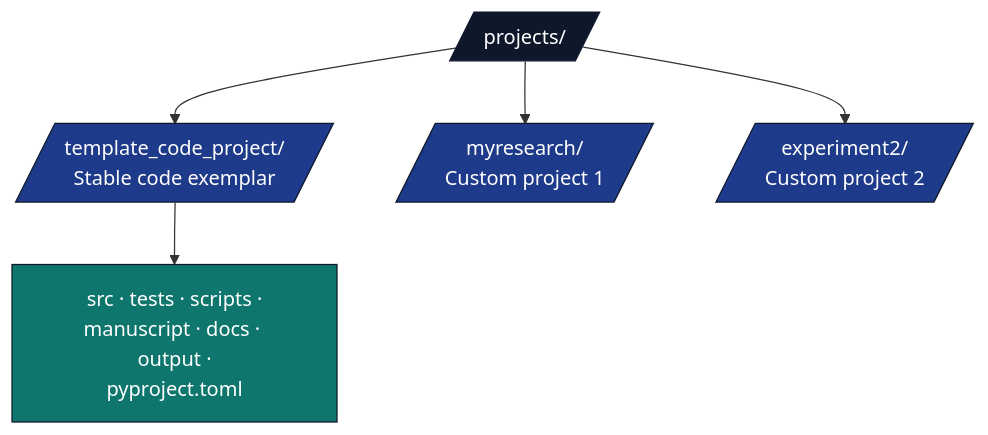
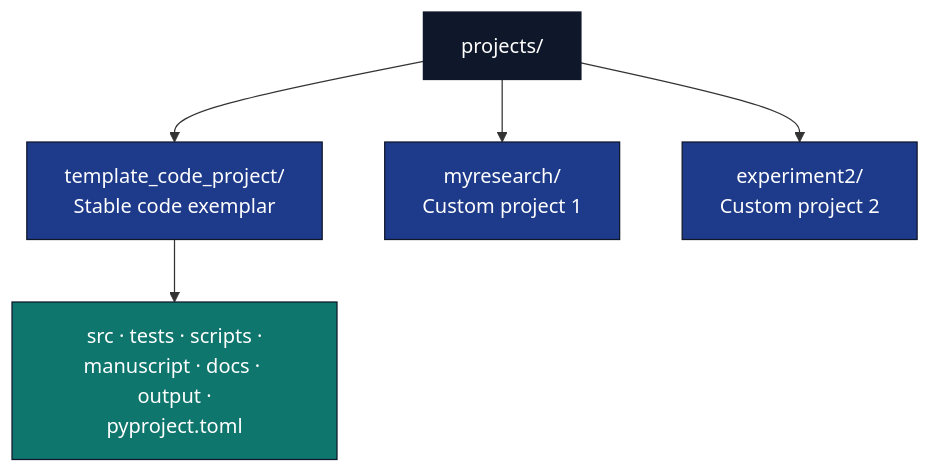
Before and after one commit to docxology/template: the second of 3 diagrams in projects/README.md, drawn with Mermaid. The commit also changed other lines of this file and 94 other files, not shown here.

````diff
--- a/projects/README.md
+++ b/projects/README.md
@@ -343,16 +343,16 @@
 ```mermaid
 flowchart TB
-    PR[/projects//]
-    PR --> CP[/template_code_project/<br/>Stable code exemplar/]
-    PR --> MY[/myresearch/<br/>Custom project 1/]
-    PR --> EX[/experiment2/<br/>Custom project 2/]
+    PR[projects/]
+    PR --> CP[template_code_project/<br/>Stable code exemplar]
+    PR --> MY[myresearch/<br/>Custom project 1]
+    PR --> EX[experiment2/<br/>Custom project 2]
 
     CP --> CP_F[src · tests · scripts ·<br/>manuscript · docs · output ·<br/>pyproject.toml]
 
     classDef d fill:#0f172a,stroke:#0f172a,color:#fff
     classDef pkg fill:#1e3a8a,stroke:#0f172a,color:#fff
     classDef f fill:#0f766e,stroke:#0f172a,color:#fff
     class PR d
     class CP,MY,EX pkg
     class CP_F f
 ```
````
